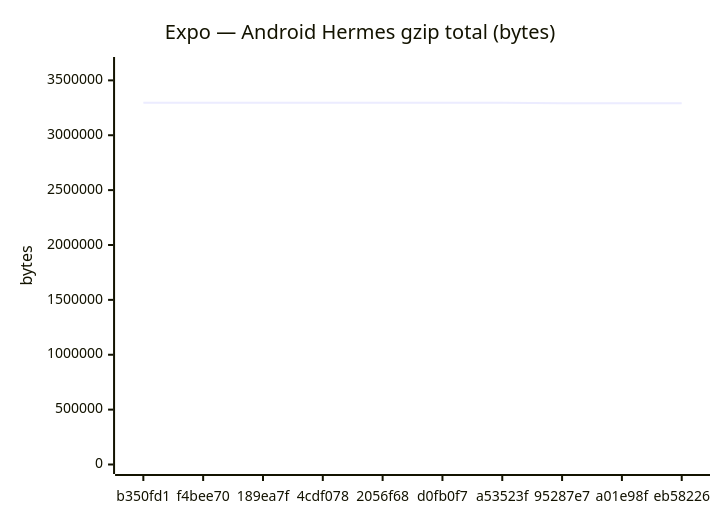
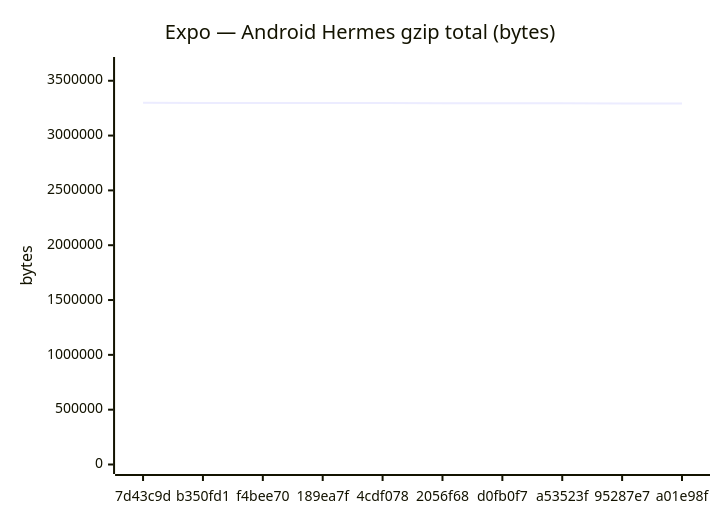
The fifth of 18 diagrams in benchmarks/compare.md (Metaheurist/Rianell), drawn with Mermaid before and after one commit. The commit also changed other lines of this file and 11 other files, not shown here.

````diff
--- a/benchmarks/compare.md
+++ b/benchmarks/compare.md
@@ -89,7 +89,7 @@
 ```mermaid
 xychart-beta
     title "Expo — Android Hermes gzip total (bytes)"
-    x-axis ["b350fd1", "f4bee70", "189ea7f", "4cdf078", "2056f68", "d0fb0f7", "a53523f", "95287e7", "a01e98f", "eb58226"]
-    y-axis "bytes" 0 --> 3626296
-    line [3296025, 3296632, 3296023, 3295973, 3295761, 3295758, 3295757, 3291461, 3291455, 3291464]
+    x-axis ["7d43c9d", "b350fd1", "f4bee70", "189ea7f", "4cdf078", "2056f68", "d0fb0f7", "a53523f", "95287e7", "a01e98f"]
+    y-axis "bytes" 0 --> 3629946
+    line [3299950, 3296025, 3296632, 3296023, 3295973, 3295761, 3295758, 3295757, 3291461, 3291455]
 ```
````
